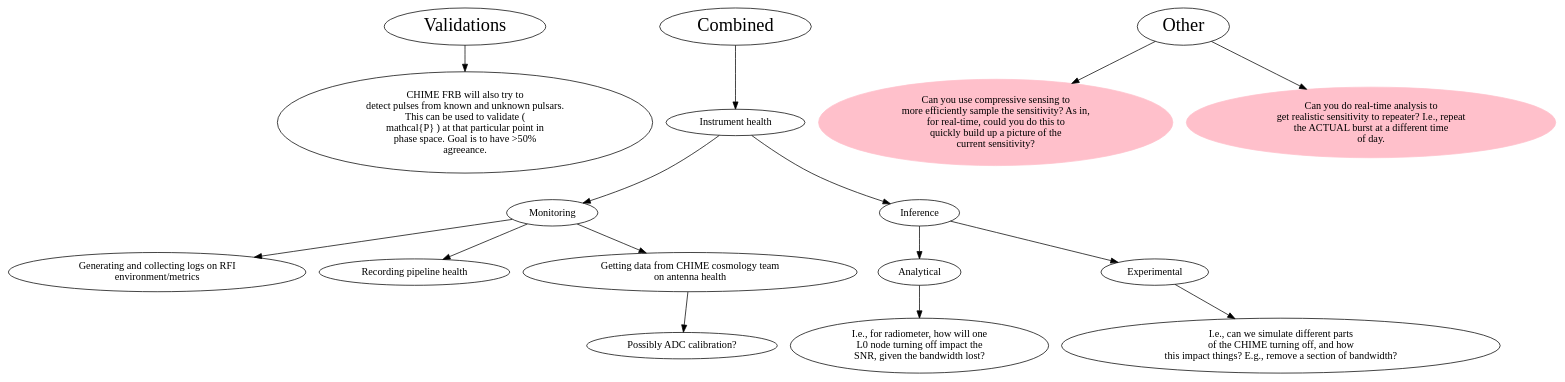
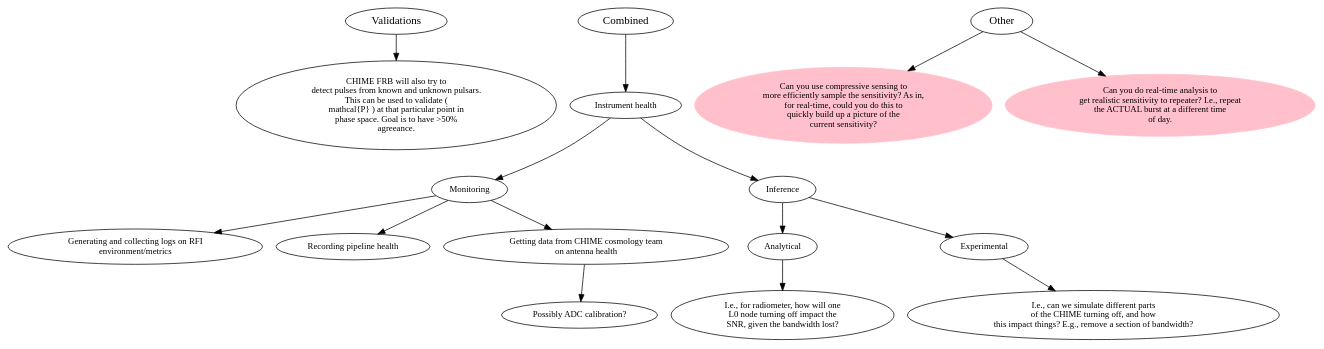
The diagram in validations.dot (MilesCranmer/thesis_diagram), drawn with Graphviz before and after one commit. The commit also changed 3 other files, not shown here.

Commit message:
Manually set fontsize on every node

```diff
--- a/validations.dot
+++ b/validations.dot
@@ -1,35 +1,35 @@
 digraph mygraph {
 overlap="prism";
 splines="true";
-B3 [fontsize=25 label="Validations"];
-B4 [fontsize=25 label="Combined"];
-B5 [fontsize=25 label="Other"];
+B3 [fontsize=15 label="Validations"];
+B4 [fontsize=15 label="Combined"];
+B5 [fontsize=15 label="Other"];
 B3 -> B31 ;
-B31 [label="CHIME FRB will also try to\ndetect pulses from known and unknown pulsars.\nThis can be used to validate \(\n\mathcal{P} \) at that particular point in\nphase space. Goal is to have >50%\nagreeance."];
+B31 [fontsize=12 label="CHIME FRB will also try to\ndetect pulses from known and unknown pulsars.\nThis can be used to validate \(\n\mathcal{P} \) at that particular point in\nphase space. Goal is to have >50%\nagreeance."];
 B4 -> B41 ;
-B41 [label="Instrument health"];
+B41 [fontsize=12 label="Instrument health"];
 B41 -> B411 ;
-B411 [label="Monitoring"];
+B411 [fontsize=12 label="Monitoring"];
 B411 -> B4111 ;
-B4111 [label="Generating and collecting logs on RFI\nenvironment/metrics"];
+B4111 [fontsize=12 label="Generating and collecting logs on RFI\nenvironment/metrics"];
 B411 -> B4112 ;
-B4112 [label="Recording pipeline health"];
+B4112 [fontsize=12 label="Recording pipeline health"];
 B411 -> B4113 ;
-B4113 [label="Getting data from CHIME cosmology team\non antenna health"];
+B4113 [fontsize=12 label="Getting data from CHIME cosmology team\non antenna health"];
 B4113 -> B41131 ;
-B41131 [label="Possibly ADC calibration?"];
+B41131 [fontsize=12 label="Possibly ADC calibration?"];
 B41 -> B412 ;
-B412 [label="Inference"];
+B412 [fontsize=12 label="Inference"];
 B412 -> B4121 ;
-B4121 [label="Analytical"];
+B4121 [fontsize=12 label="Analytical"];
 B4121 -> B41211 ;
-B41211 [label="I.e., for radiometer, how will one\nL0 node turning off impact the\nSNR, given the bandwidth lost?"];
+B41211 [fontsize=12 label="I.e., for radiometer, how will one\nL0 node turning off impact the\nSNR, given the bandwidth lost?"];
 B412 -> B4122 ;
-B4122 [label="Experimental"];
+B4122 [fontsize=12 label="Experimental"];
 B4122 -> B41221 ;
-B41221 [label="I.e., can we simulate different parts\nof the CHIME turning off, and how\nthis impact things? E.g., remove a section of bandwidth?"];
+B41221 [fontsize=12 label="I.e., can we simulate different parts\nof the CHIME turning off, and how\nthis impact things? E.g., remove a section of bandwidth?"];
 B5 -> B51;
-B51 [color="pink" style="filled" label="Can you use compressive sensing to\nmore efficiently sample the sensitivity? As in,\nfor real-time, could you do this to\nquickly build up a picture of the\ncurrent sensitivity?"];
+B51 [color="pink" style="filled" fontsize=12 label="Can you use compressive sensing to\nmore efficiently sample the sensitivity? As in,\nfor real-time, could you do this to\nquickly build up a picture of the\ncurrent sensitivity?"];
 B5 -> B52;
-B52 [color="pink" style="filled" label="Can you do real-time analysis to\nget realistic sensitivity to repeater? I.e., repeat\nthe ACTUAL burst at a different time\nof day."];
+B52 [color="pink" style="filled" fontsize=12 label="Can you do real-time analysis to\nget realistic sensitivity to repeater? I.e., repeat\nthe ACTUAL burst at a different time\nof day."];
 }
```
